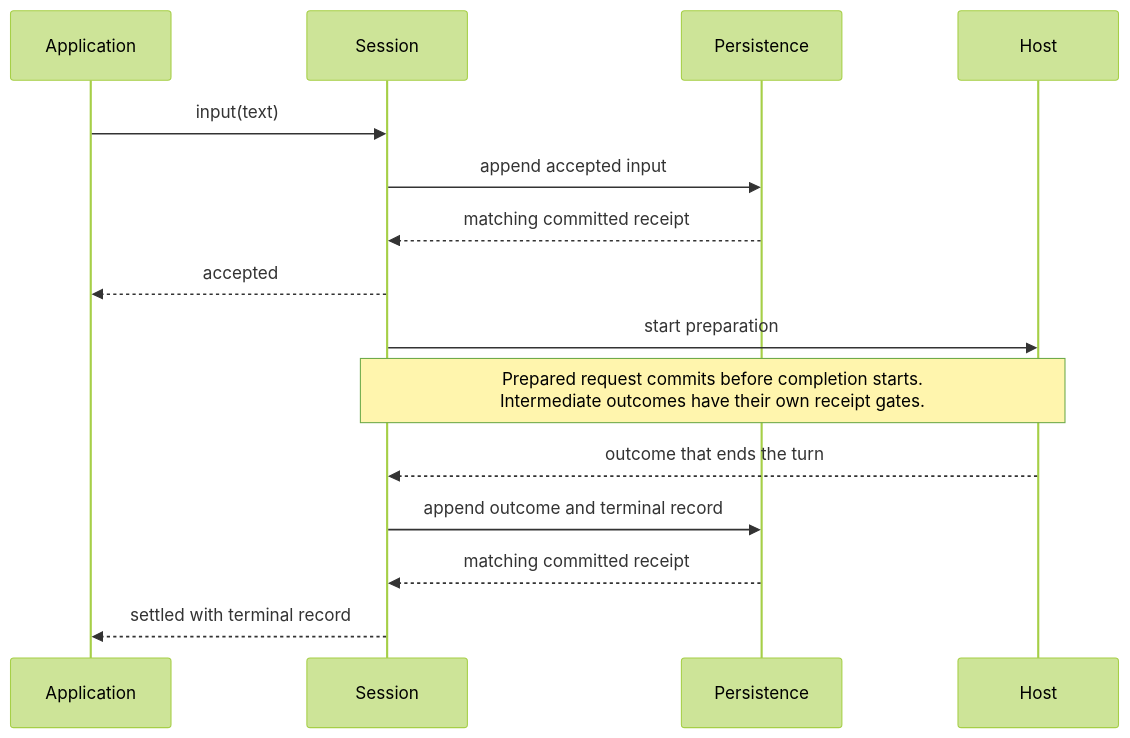
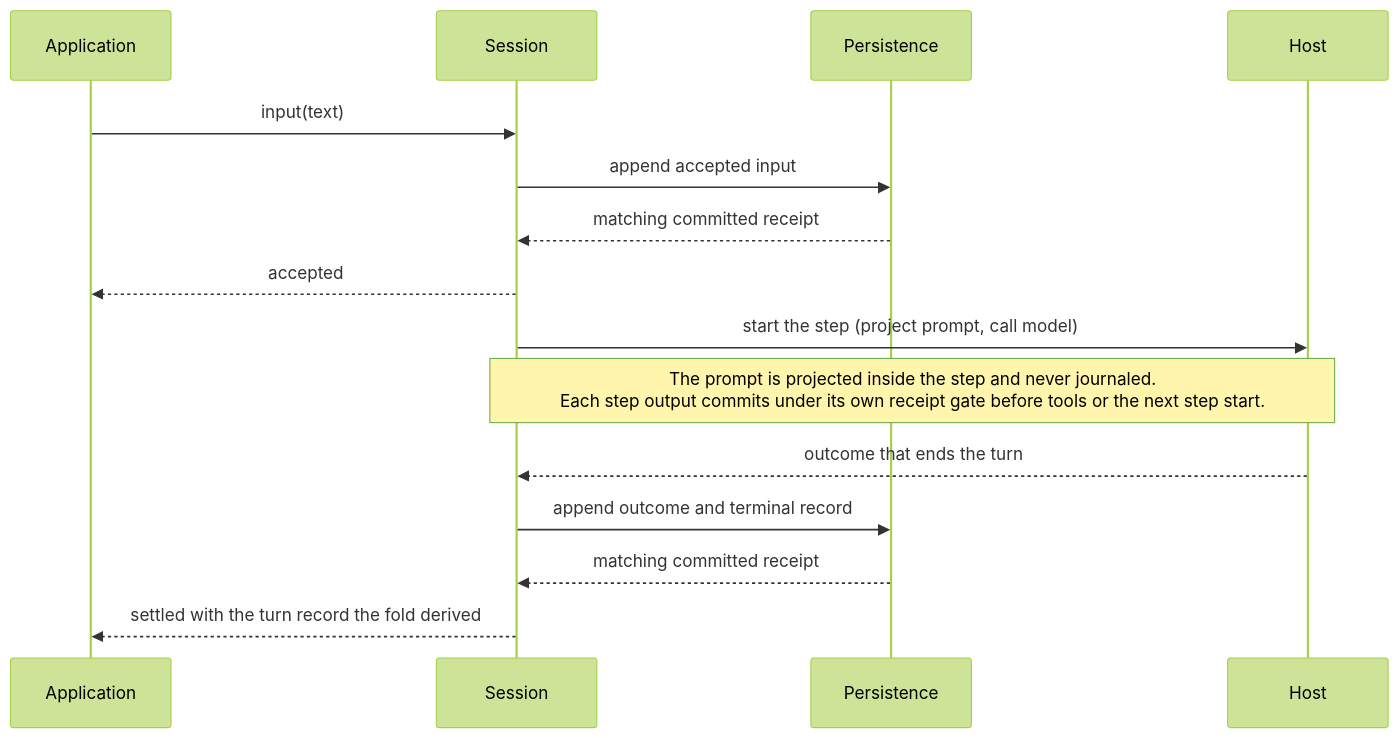
Before and after one commit to danbarua/labkit-agent: the second of 9 diagrams in docs/session-runtime.md, drawn with Mermaid (forest theme). The commit also changed other lines of this file and 13 other files, not shown here.

First line of the commit message:
docs(core): journal records facts only; step = projection + LLM call

````diff
--- a/docs/session-runtime.md
+++ b/docs/session-runtime.md
@@ -43,17 +43,17 @@
 ```mermaid
 sequenceDiagram
   participant A as Application
   participant S as Session
   participant P as Persistence
   participant H as Host
   A->>S: input(text)
   S->>P: append accepted input
   P-->>S: matching committed receipt
   S-->>A: accepted
-  S->>H: start preparation
-  Note over S,H: Prepared request commits before completion starts.<br/>Intermediate outcomes have their own receipt gates.
+  S->>H: start the step (project prompt, call model)
+  Note over S,H: The prompt is projected inside the step and never journaled.<br/>Each step output commits under its own receipt gate before tools or the next step start.
   H-->>S: outcome that ends the turn
   S->>P: append outcome and terminal record
   P-->>S: matching committed receipt
-  S-->>A: settled with terminal record
+  S-->>A: settled with the turn record the fold derived
 ```
````
